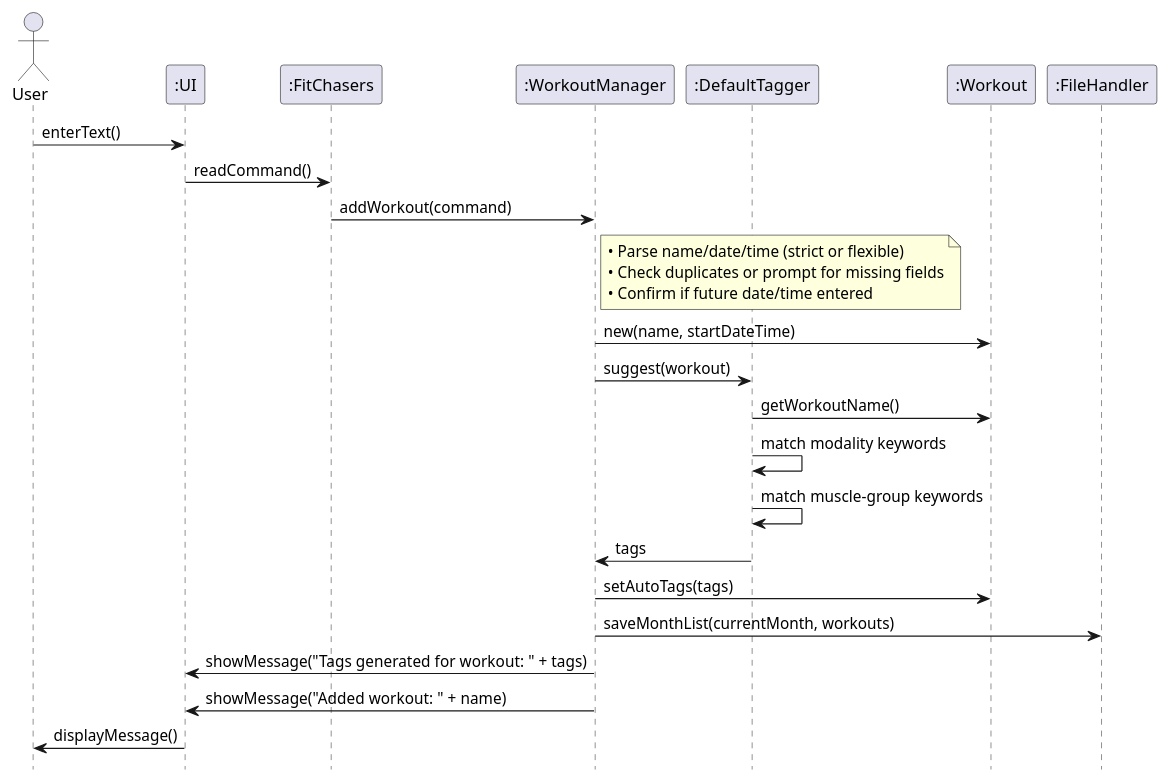
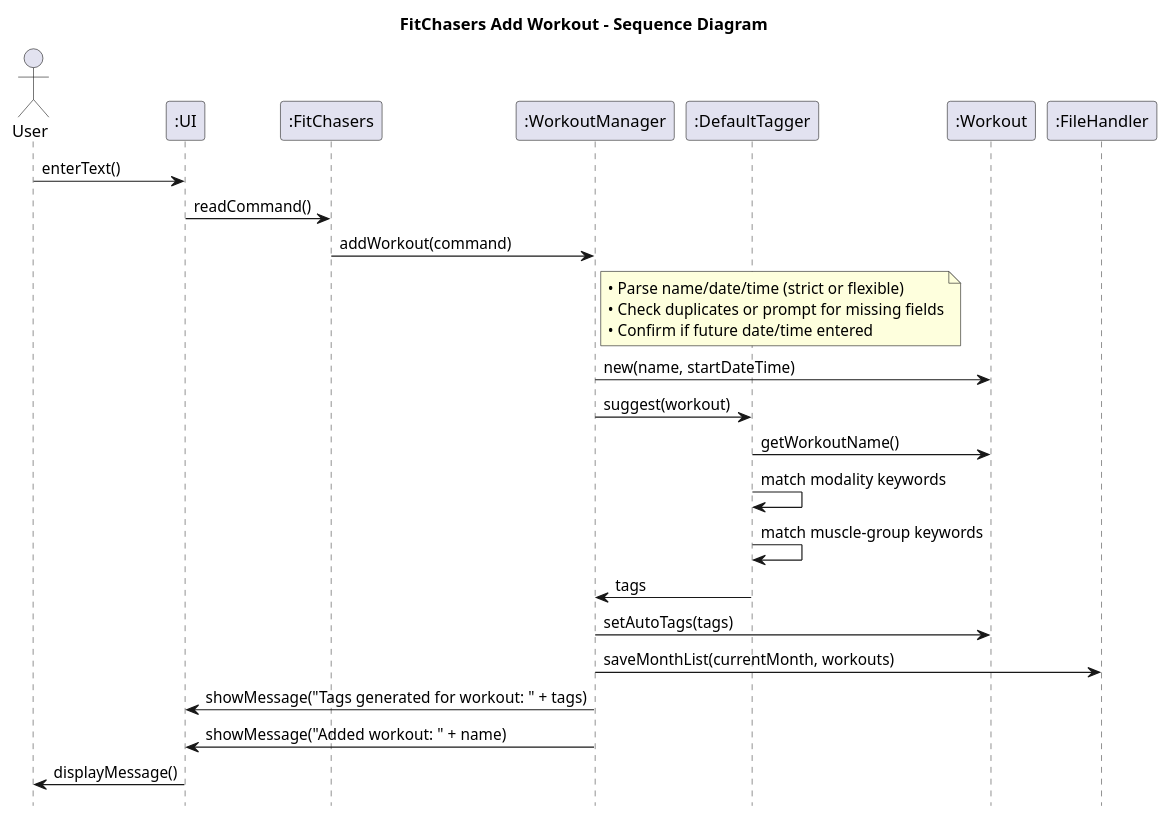
One commit to Exceptional-Khoi/tp changed the diagram in docs/diagrams/Sequence_Diagram_for_tagging.puml. Above: the diagram before and after it, drawn with PlantUML. The commit also changed 13 other files, not shown here.

Commit message:
Add object diagram

```diff
--- a/docs/diagrams/Sequence_Diagram_for_tagging.puml
+++ b/docs/diagrams/Sequence_Diagram_for_tagging.puml
@@ -1,50 +1,50 @@
 @startuml
-
+title FitChasers Add Workout - Sequence Diagram
 ' --- Styling (kept minimal & consistent) ---
 skinparam sequenceParticipantType rectangle
 skinparam shadowing false
 skinparam responseMessageBelowArrow true
 hide footbox
 
 ' --- Optional: ẩn activation bar toàn cục ---
 skinparam sequence {
   ParticipantBorderColor #222
   LifeLineBorderColor #444
   LifeLineBackgroundColor #FAFAFA
   ActivationBarColor none
   ActivationBarBorderColor none
 }
 
 actor    User
 participant ":UI" as UI
 participant ":FitChasers" as App
 participant ":WorkoutManager" as WM
 participant ":DefaultTagger" as Tagger
 participant ":Workout" as W
 participant ":FileHandler" as FH
 
 User -> UI : enterText()
 UI -> App : readCommand()
 App -> WM : addWorkout(command)
 
 note right of WM
 • Parse name/date/time (strict or flexible)
 • Check duplicates or prompt for missing fields
 • Confirm if future date/time entered
 end note
 
 WM -> W : new(name, startDateTime)
 
 WM -> Tagger : suggest(workout)
 Tagger -> W : getWorkoutName()
 Tagger -> Tagger : match modality keywords
 Tagger -> Tagger : match muscle-group keywords
 Tagger -> WM : tags
 WM -> W : setAutoTags(tags)
 
 WM -> FH : saveMonthList(currentMonth, workouts)
 WM -> UI : showMessage("Tags generated for workout: " + tags)
 WM -> UI : showMessage("Added workout: " + name)
 UI -> User : displayMessage()
 
 @enduml
```
